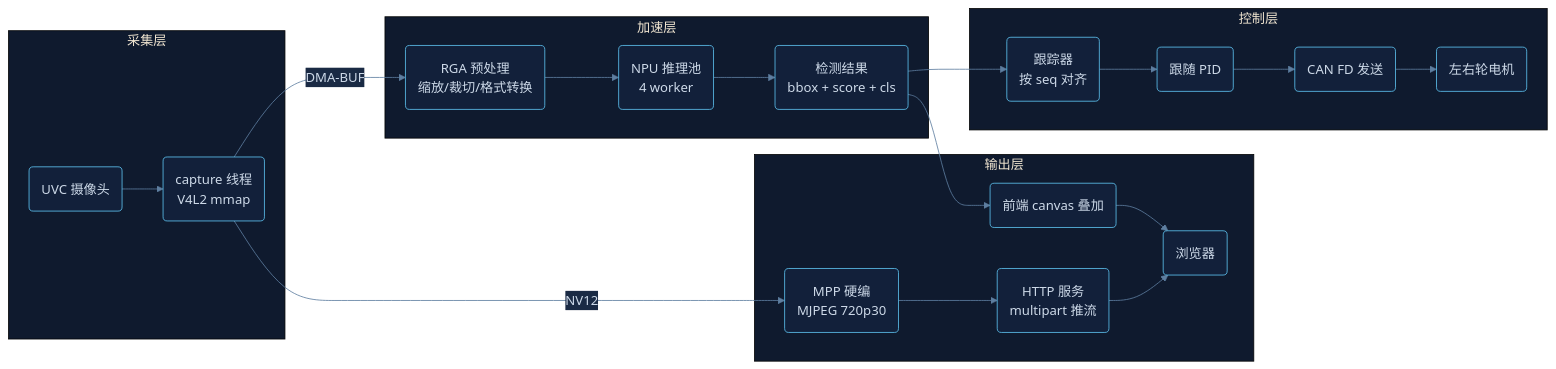
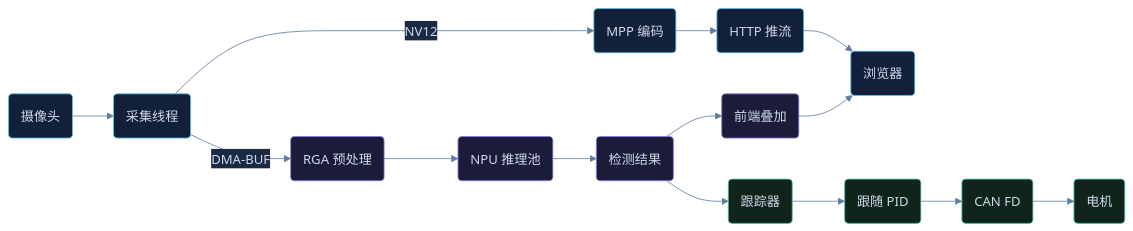
One commit to qianruo-orange/autonomous-driving-car changed the first of 8 diagrams in README.md. Above: the diagram before and after it, drawn with Mermaid.

Commit message:
docs: replace boxed architecture diagrams with flat colour-coded flow

````diff
--- a/README.md
+++ b/README.md
@@ -85,25 +85,15 @@
 ```mermaid
 %%{init: {'theme':'base','themeVariables':{'primaryColor':'#12203a','primaryTextColor':'#cdd9e8','primaryBorderColor':'#5ec2f0','lineColor':'#5e7ea0','secondaryColor':'#1a2a44','tertiaryColor':'#0f1a2e','fontFamily':'Segoe UI, Helvetica, Arial, sans-serif'}}}%%
 flowchart LR
-    subgraph 采集层
-        CAM(UVC 摄像头) --> CAP(capture 线程<br/>V4L2 mmap)
-    end
-    subgraph 加速层
-        CAP -->|DMA-BUF| RGA(RGA 预处理<br/>缩放/裁切/格式转换)
-        RGA --> POOL(NPU 推理池<br/>4 worker)
-        POOL --> DET(检测结果<br/>bbox + score + cls)
-    end
-    subgraph 输出层
-        CAP -->|NV12| MPP(MPP 硬编<br/>MJPEG 720p30)
-        MPP --> HTTP(HTTP 服务<br/>multipart 推流)
-        DET --> OVL(前端 canvas 叠加)
-        HTTP --> BROWSER(浏览器)
-        OVL --> BROWSER
-    end
-    subgraph 控制层
-        DET --> TRK(跟踪器<br/>按 seq 对齐)
-        TRK --> PID(跟随 PID)
-        PID --> CAN(CAN FD 发送)
-        CAN --> MOTOR(左右轮电机)
-    end
+    CAM(摄像头) --> CAP(采集线程)
+    CAP -->|DMA-BUF| RGA(RGA 预处理) --> POOL(NPU 推理池) --> DET(检测结果)
+    CAP -->|NV12| MPP(MPP 编码) --> HTTP(HTTP 推流) --> BR(浏览器)
+    DET --> OVL(前端叠加) --> BR
+    DET --> TRK(跟踪器) --> PID(跟随 PID) --> CAN(CAN FD) --> MOTOR(电机)
+    classDef a fill:#12203a,stroke:#5ec2f0,color:#cdd9e8
+    classDef b fill:#1b1b3a,stroke:#8f7cf0,color:#cdd9e8
+    classDef c fill:#10241c,stroke:#4cc9a0,color:#cdd9e8
+    class CAM,CAP,MPP,HTTP,BR a
+    class RGA,POOL,DET,OVL b
+    class TRK,PID,CAN,MOTOR c
 ```
````
